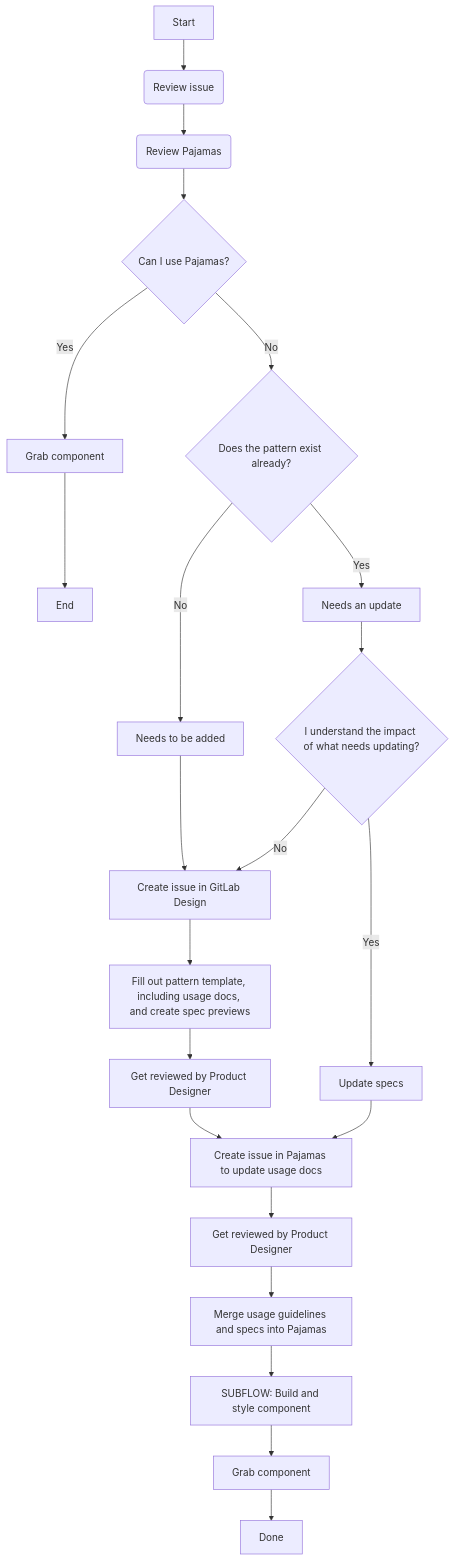
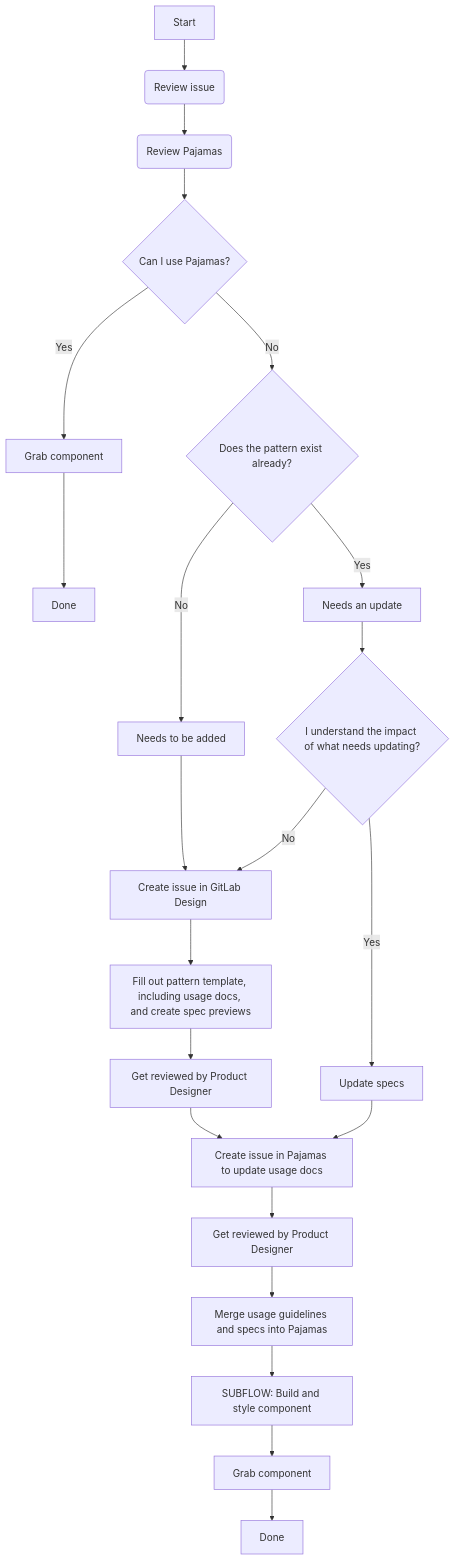
Before and after one commit to khulnasoft-lab/design.khulnasoft.com: the diagram in doc/component-lifecycle.md, drawn with Mermaid.

Commit message:
Apply suggestion to doc/component-lifecycle.md

````diff
--- a/doc/component-lifecycle.md
+++ b/doc/component-lifecycle.md
@@ -46,28 +46,28 @@
 ```mermaid
 graph TD;
 A[Start] -->B(Review issue)
 B--> C(Review Pajamas)
 click C "https://design.gitlab.com"
 C-->D{Can I use Pajamas?}
 D -->|Yes| E[Grab component]
-E --> F[End]
+E --> F[Done]
 D -->|No| G{Does the pattern exist already?}
 G-->|No| H[Needs to be added]
 H-->I[Create issue in GitLab Design]
 click I "https://gitlab.com/gitlab-org/gitlab-design/issues/new"
 I-->J[Fill out pattern template, including usage docs, and create spec previews]
 J-->K[Get reviewed by Product Designer]
 K-->L[Create issue in Pajamas to update usage docs]
 click L "https://gitlab.com/gitlab-org/gitlab-services/design.gitlab.com/issues/new"
 L-->M[Get reviewed by Product Designer]
 M-->N[Merge usage guidelines and specs into Pajamas]
 N-->O[SUBFLOW: Build and style component]
 click O "https://gitlab.com/gitlab-org/gitlab-ui/blob/master/doc/component-lifecycle.md"
 O-->P[Grab component]
 P-->Q[Done]
 G-->|Yes| R[Needs an update]
 R-->S{I understand the impact of what needs updating?}
 S-->|Yes| T[Update specs]
 T-->L
 S-->|No| I
 ```
````
